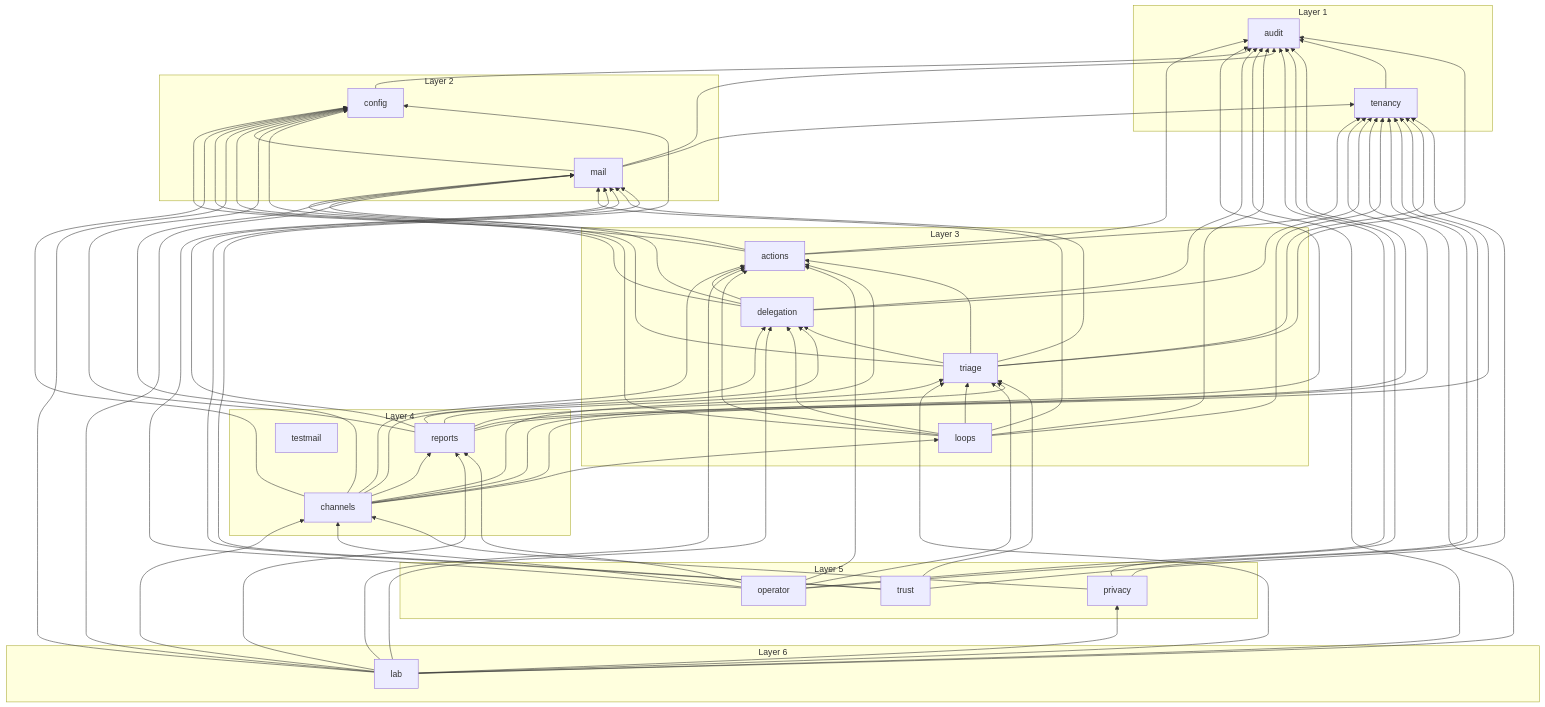
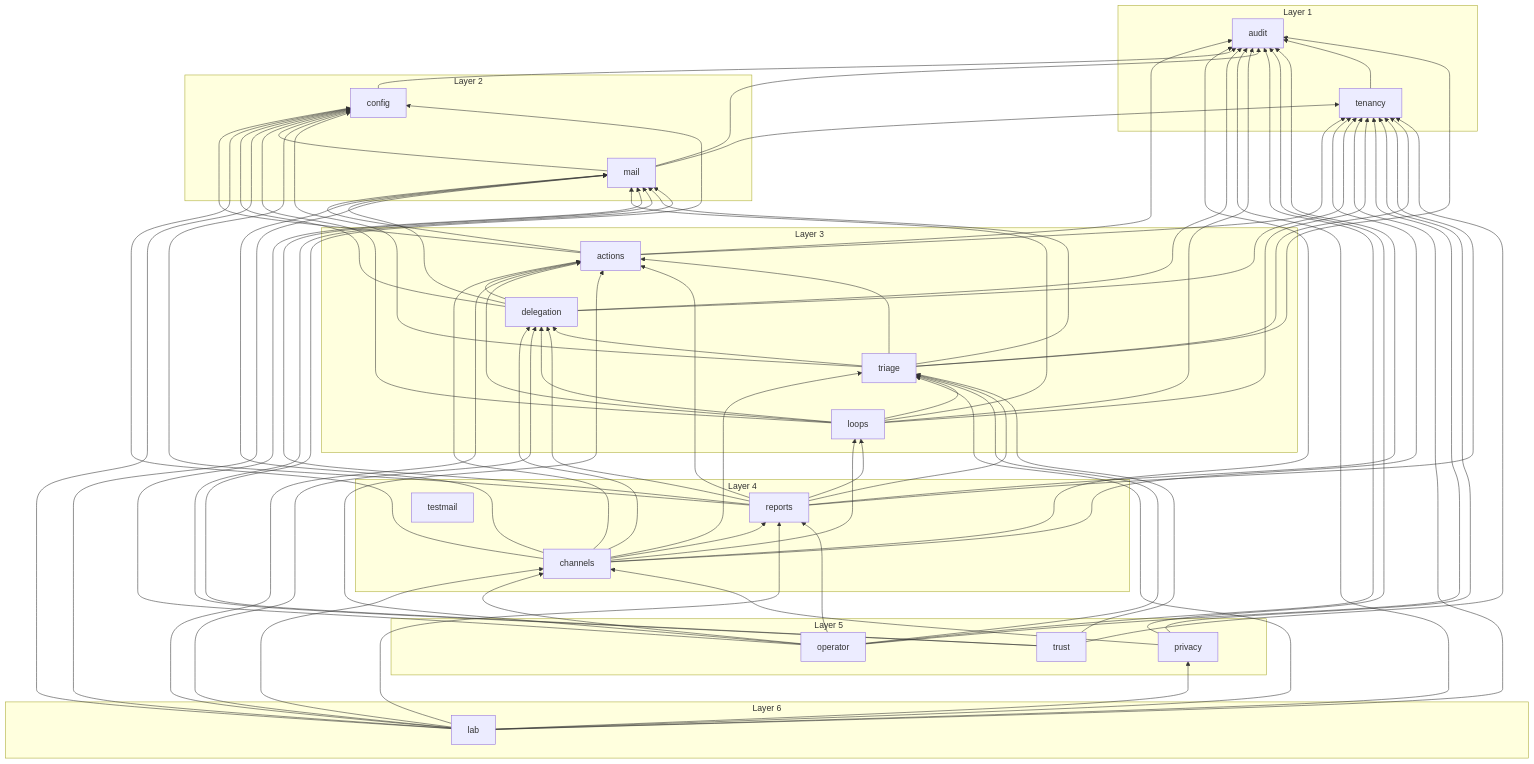
Before and after one commit to Artexs/email_assistant: the diagram in docs/diagrams/module-graph.md, drawn with Mermaid. The commit also changed 4 other files, not shown here.

Commit message:
F116 stage 18: texts test, log test, notes, module graph

```diff
--- a/docs/diagrams/module-graph.md
+++ b/docs/diagrams/module-graph.md
@@ -86,6 +86,7 @@
   reports --> audit
   reports --> config
   reports --> delegation
+  reports --> loops
   reports --> mail
   reports --> tenancy
   reports --> triage
```
